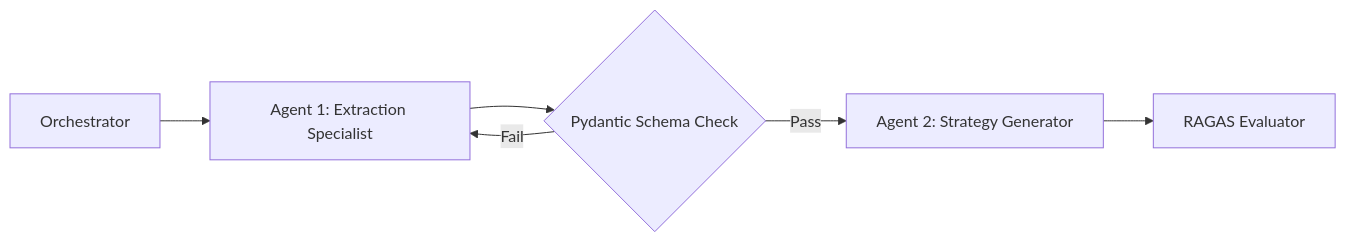
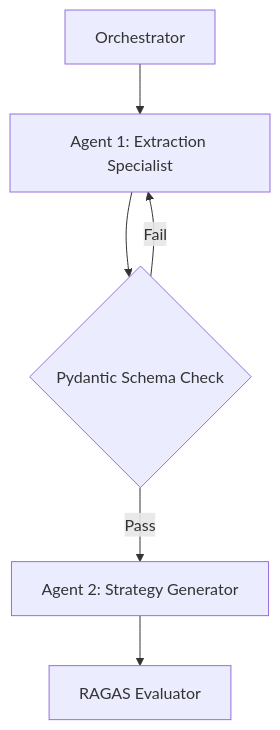
The fourth of 21 diagrams in docs/Nimblize_Future_Implementation_Roadmap.md (ruthvikgoud16/Nimblize-demo), drawn with Mermaid before and after one commit. The commit also changed other lines of this file and 1 other file, not shown here.

Commit message:
Improve future implementation roadmap report design

````diff
--- a/docs/Nimblize_Future_Implementation_Roadmap.md
+++ b/docs/Nimblize_Future_Implementation_Roadmap.md
@@ -206,8 +206,8 @@
 ```mermaid
-graph LR
-    Orchestrator --> Agent1[Agent 1: Extraction Specialist]
+graph TD
+    Orchestrator[Orchestrator] --> Agent1[Agent 1: Extraction Specialist]
     Agent1 --> Validator{Pydantic Schema Check}
     Validator -->|Pass| Agent2[Agent 2: Strategy Generator]
     Validator -->|Fail| Agent1
     Agent2 --> Evaluator[RAGAS Evaluator]
 ```
````
